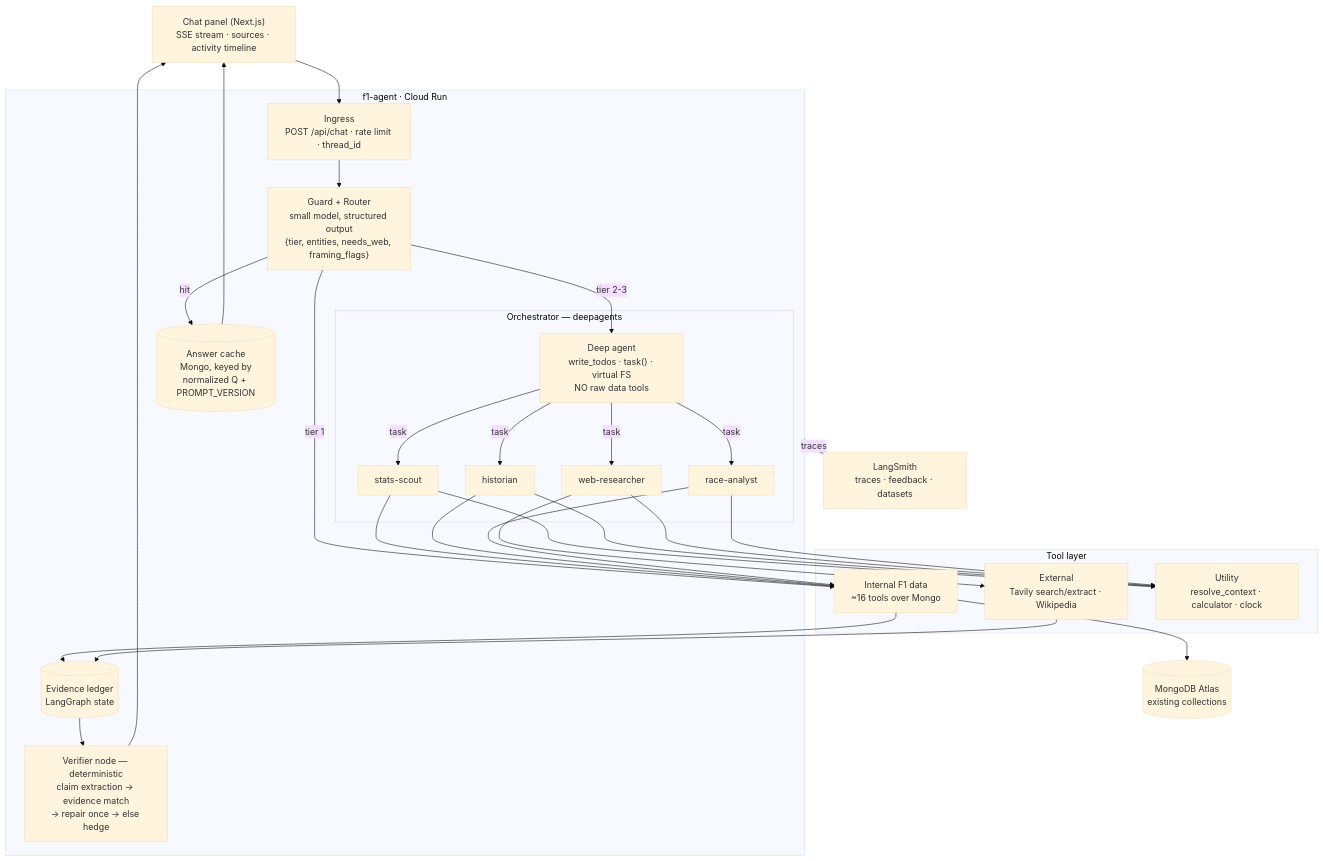
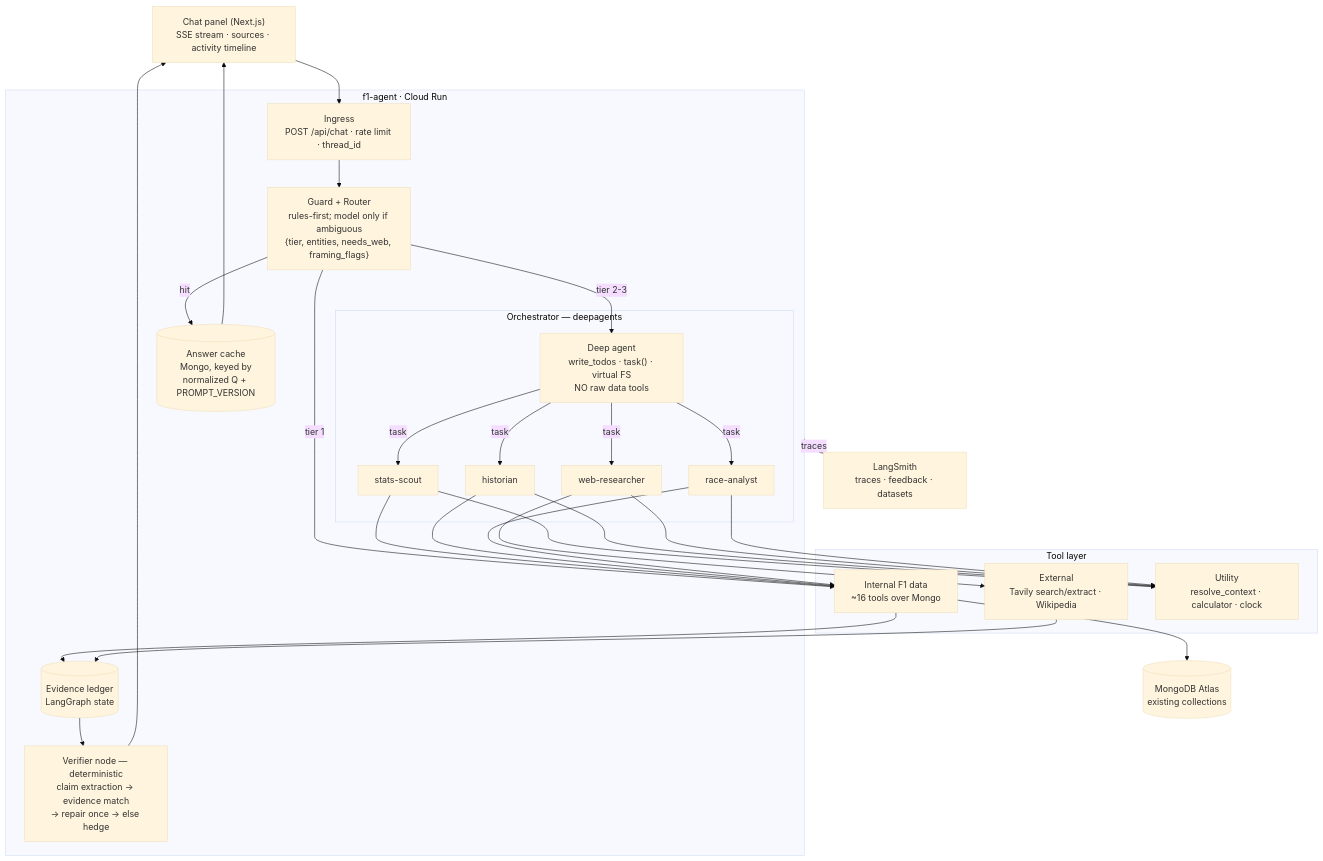
Before and after one commit to Nisarg6502/f1-hub: the diagram in CHAT-AGENT-PLAN.md, drawn with Mermaid (base theme). The commit also changed other lines of this file, not shown here.

````diff
--- a/CHAT-AGENT-PLAN.md
+++ b/CHAT-AGENT-PLAN.md
@@ -69,41 +69,41 @@
 ```mermaid
 flowchart TB
     UI["Chat panel (Next.js)<br/>SSE stream · sources · activity timeline"]
 
     subgraph Service["f1-agent · Cloud Run"]
         ING["Ingress<br/>POST /api/chat · rate limit · thread_id"]
-        GUARD["Guard + Router<br/>small model, structured output<br/>{tier, entities, needs_web, framing_flags}"]
+        GUARD["Guard + Router<br/>rules-first; model only if ambiguous<br/>{tier, entities, needs_web, framing_flags}"]
         CACHE[("Answer cache<br/>Mongo, keyed by<br/>normalized Q + PROMPT_VERSION")]
 
         subgraph Deep["Orchestrator — deepagents"]
             ORCH["Deep agent<br/>write_todos · task() · virtual FS<br/>NO raw data tools"]
             SA1["stats-scout"]
             SA2["historian"]
             SA3["web-researcher"]
             SA4["race-analyst"]
             ORCH -->|task| SA1 & SA2 & SA3 & SA4
         end
 
         LEDGER[("Evidence ledger<br/>LangGraph state")]
         VERIFY["Verifier node — deterministic<br/>claim extraction → evidence match<br/>→ repair once → else hedge"]
     end
 
     subgraph Tools["Tool layer"]
         T1["Internal F1 data<br/>~16 tools over Mongo"]
         T2["External<br/>Tavily search/extract · Wikipedia"]
         T3["Utility<br/>resolve_context · calculator · clock"]
     end
 
     DB[("MongoDB Atlas<br/>existing collections")]
     LS["LangSmith<br/>traces · feedback · datasets"]
 
     UI --> ING --> GUARD
     GUARD -->|hit| CACHE --> UI
     GUARD -->|tier 1| T1
     GUARD -->|tier 2-3| ORCH
     SA1 & SA2 & SA4 --> T1 --> DB
     SA3 --> T2
     SA1 & SA2 & SA3 & SA4 --> T3
     T1 & T2 --> LEDGER --> VERIFY --> UI
     Service -.->|traces| LS
 ```
````
